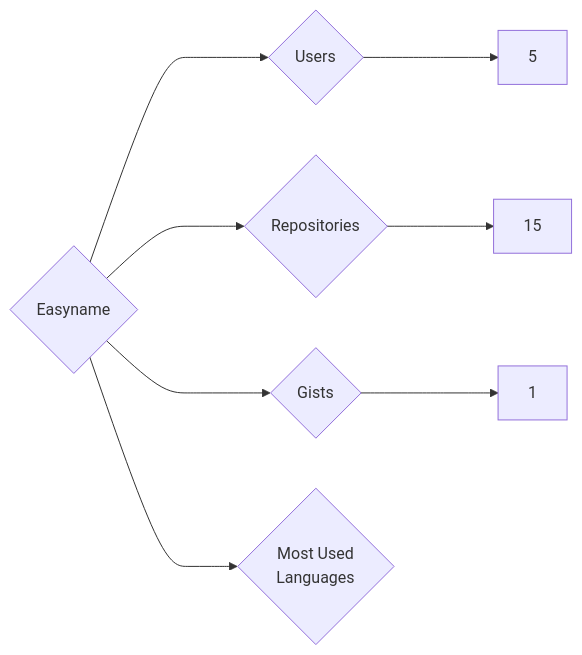
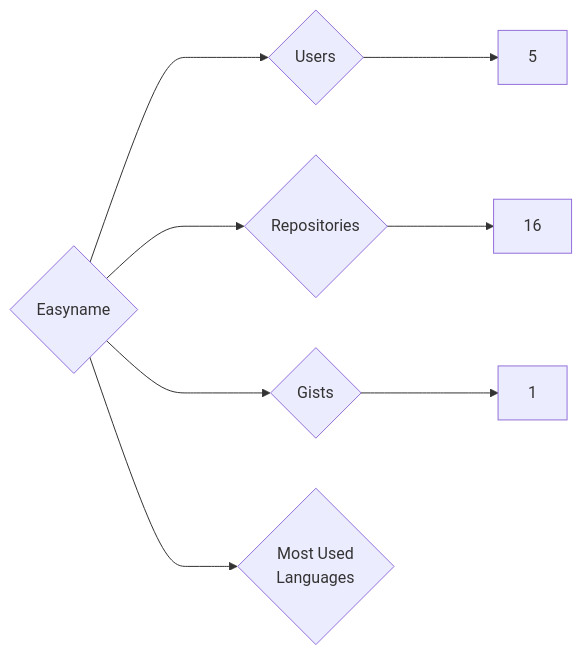
Before and after one commit to nenadzaric/insiders: the diagram in targets/Easyname/README.md, drawn with Mermaid. The commit also changed 1342 other files, not shown here.

````diff
--- a/targets/Easyname/README.md
+++ b/targets/Easyname/README.md
@@ -3,8 +3,8 @@
 ```mermaid
 graph LR
 COMPANY_NAME{Easyname}
 COMPANY_NAME ---> U{Users} ---> UN[5]
-COMPANY_NAME ---> R{Repositories} ---> RN[15]
+COMPANY_NAME ---> R{Repositories} ---> RN[16]
 COMPANY_NAME ---> G{Gists} ---> GN[1]
 COMPANY_NAME ---> ML{Most Used<br>Languages}
 ```
````
